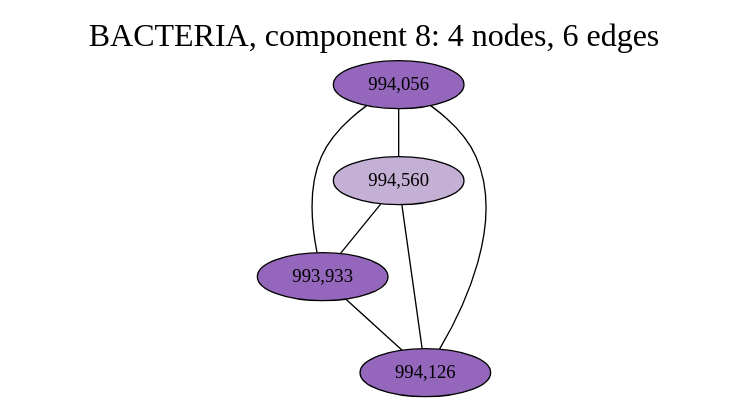
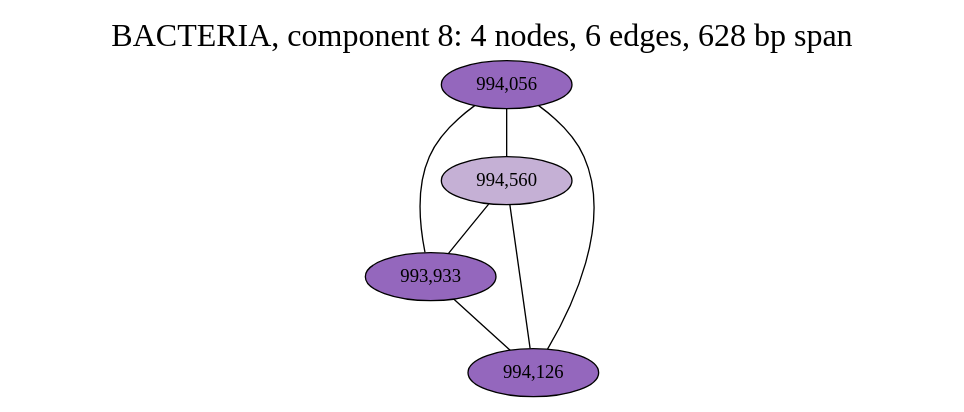
One commit to fedarko/sheepgut changed the diagram in notebooks/graphs/BACTERIA_cc8.gv. Above: the diagram before and after it, drawn with Graphviz. The commit also changed 33 other files, not shown here.

```diff
--- a/notebooks/graphs/BACTERIA_cc8.gv
+++ b/notebooks/graphs/BACTERIA_cc8.gv
@@ -1,17 +1,17 @@
 graph BACTERIA_cc8 {
 	overlap="prism50";
 	outputorder="edgesfirst";
-	label="BACTERIA, component 8: 4 nodes, 6 edges";
+	label="BACTERIA, component 8: 4 nodes, 6 edges, 628 bp span";
 	labelloc="t";
 	fontsize=24;
 	"994,056" [style="filled", fillcolor="#9467bd", fontcolor="#000000"];
 	"994,560" [style="filled", fillcolor="#c5b0d5", fontcolor="#000000"];
 	"993,933" [style="filled", fillcolor="#9467bd", fontcolor="#000000"];
 	"994,126" [style="filled", fillcolor="#9467bd", fontcolor="#000000"];
 	"994,056" -- "993,933";
 	"994,056" -- "994,126";
 	"994,056" -- "994,560";
 	"994,560" -- "993,933";
 	"994,560" -- "994,126";
 	"993,933" -- "994,126";
 }
```
